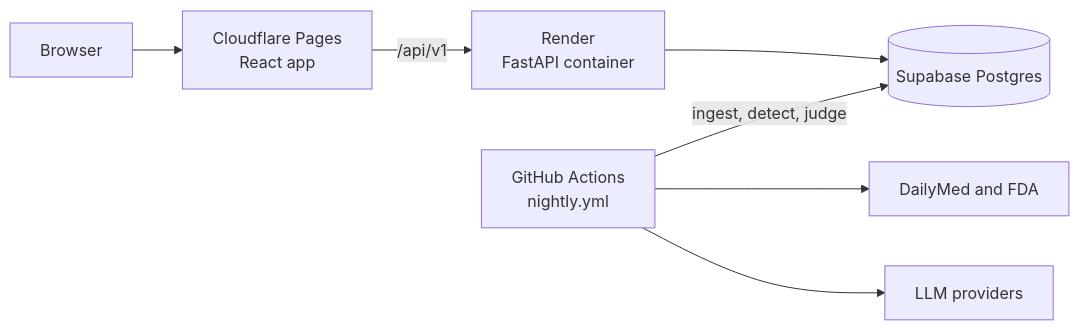
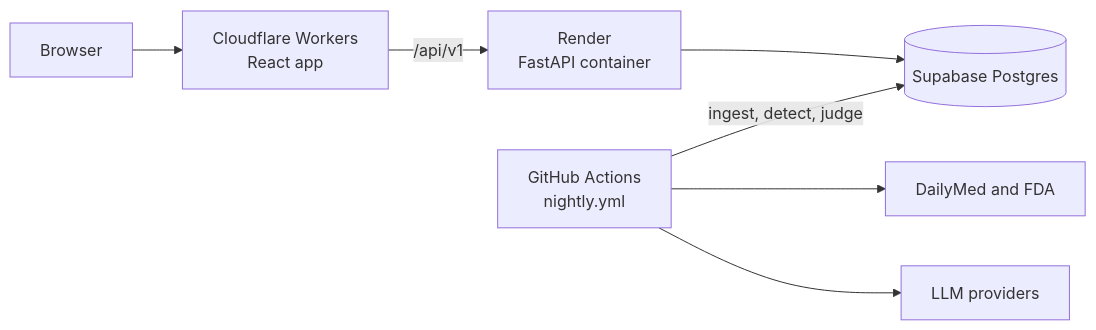
One commit to wahidpanda/labelwatch changed the fourth of 5 diagrams in README.md. Above: the diagram before and after it, drawn with Mermaid. The commit also changed other lines of this file and 2 other files, not shown here.

Commit message:
chore(deploy): serve the built SPA from Cloudflare Workers

````diff
--- a/README.md
+++ b/README.md
@@ -92,9 +92,9 @@
 ```mermaid
 flowchart LR
-  U[Browser] --> CF[Cloudflare Pages<br/>React app]
+  U[Browser] --> CF[Cloudflare Workers<br/>React app]
   CF -->|/api/v1| R[Render<br/>FastAPI container]
   R --> S[(Supabase Postgres)]
   GH[GitHub Actions<br/>nightly.yml] -->|ingest, detect, judge| S
   GH --> DMS[DailyMed and FDA]
   GH --> LLMS[LLM providers]
 ```
````
